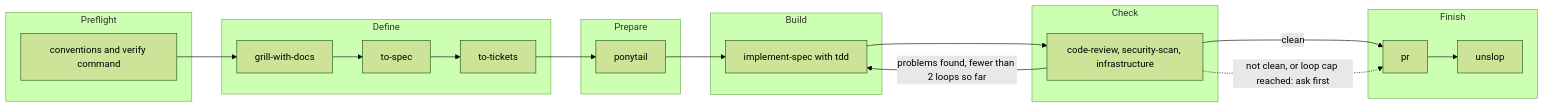
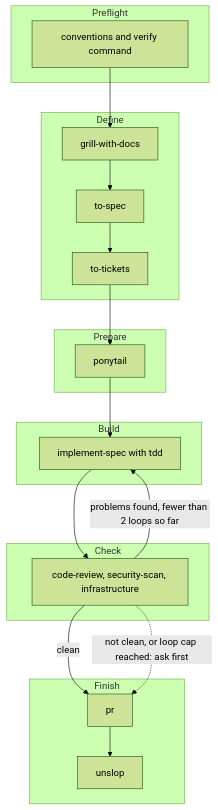
The diagram in README.md (TDSchreur/tds-factory), drawn with Mermaid (forest theme) before and after one commit. The commit also changed other lines of this file and 2 other files, not shown here.

Commit message:
README as overview: top-to-bottom flow, documentation map, Dashboard guide (#171)

````diff
--- a/README.md
+++ b/README.md
@@ -11,27 +11,27 @@
 ```mermaid
-flowchart LR
+flowchart TB
     subgraph Preflight
         P[conventions and verify command]
     end
     subgraph Define
         A[grill-with-docs] --> B[to-spec] --> C[to-tickets]
     end
     subgraph Prepare
         D[ponytail]
     end
     subgraph Build
         E[implement-spec with tdd]
     end
     subgraph Check
         F[code-review, security-scan, infrastructure]
     end
     subgraph Finish
         G[pr] --> H[unslop]
     end
 
     P --> A
     C --> D --> E --> F
     F -->|problems found, fewer than 2 loops so far| E
     F -->|clean| G
     F -.->|not clean, or loop cap reached: ask first| G
 ```
````
